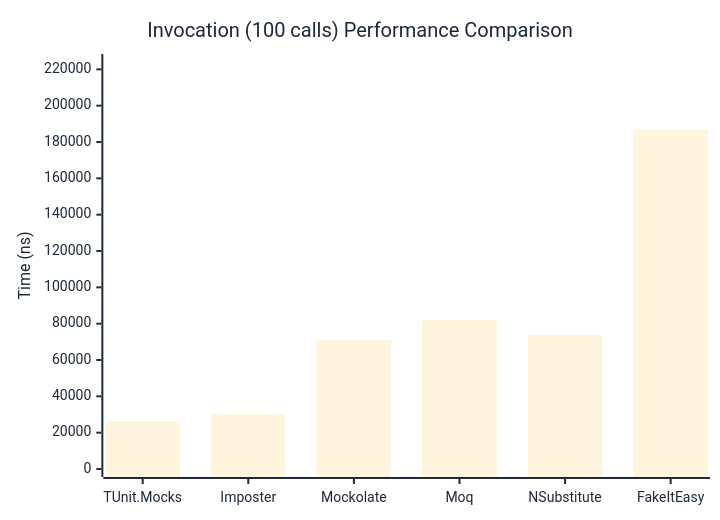
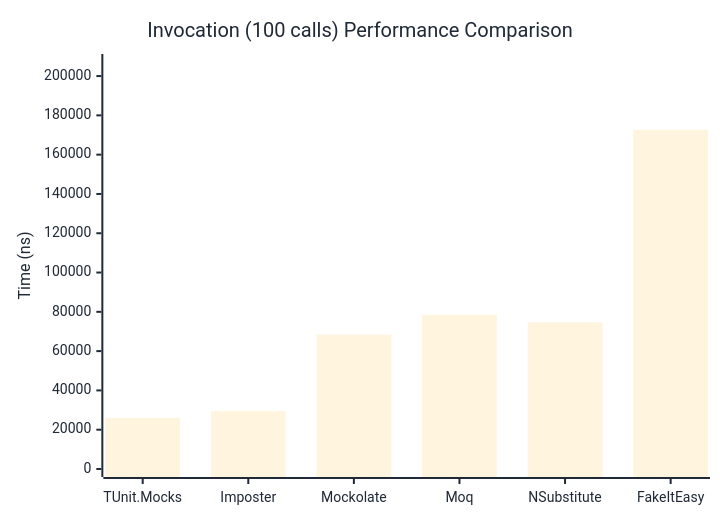
Before and after one commit to thomhurst/TUnit: the third of 3 diagrams in docs/docs/benchmarks/mocks/Invocation.md, drawn with Mermaid. The commit also changed other lines of this file and 14 other files, not shown here.

````diff
--- a/docs/docs/benchmarks/mocks/Invocation.md
+++ b/docs/docs/benchmarks/mocks/Invocation.md
@@ -110,27 +110,27 @@
 ```mermaid
 %%{init: {
   'theme':'base',
   'themeVariables': {
     'primaryColor': '#2563eb',
     'primaryTextColor': '#1f2937',
     'primaryBorderColor': '#1e40af',
     'lineColor': '#6b7280',
     'secondaryColor': '#7c3aed',
     'tertiaryColor': '#dc2626',
     'background': '#ffffff',
     'pie1': '#2563eb',
     'pie2': '#7c3aed',
     'pie3': '#dc2626',
     'pie4': '#f59e0b',
     'pie5': '#10b981',
     'pie6': '#06b6d4',
     'pie7': '#ec4899',
     'pie8': '#6366f1'
   }
 }}%%
 xychart-beta
   title "Invocation (100 calls) Performance Comparison"
   x-axis ["TUnit.Mocks", "Imposter", "Mockolate", "Moq", "NSubstitute", "FakeItEasy"]
-  y-axis "Time (ns)" 0 --> 224043
-  bar [26494.2, 30093.3, 70940.2, 82141.8, 73823.5, 186702]
+  y-axis "Time (ns)" 0 --> 207162
+  bar [26014.3, 29416.7, 68405.4, 78376.5, 74631.6, 172635]
 ```
````
